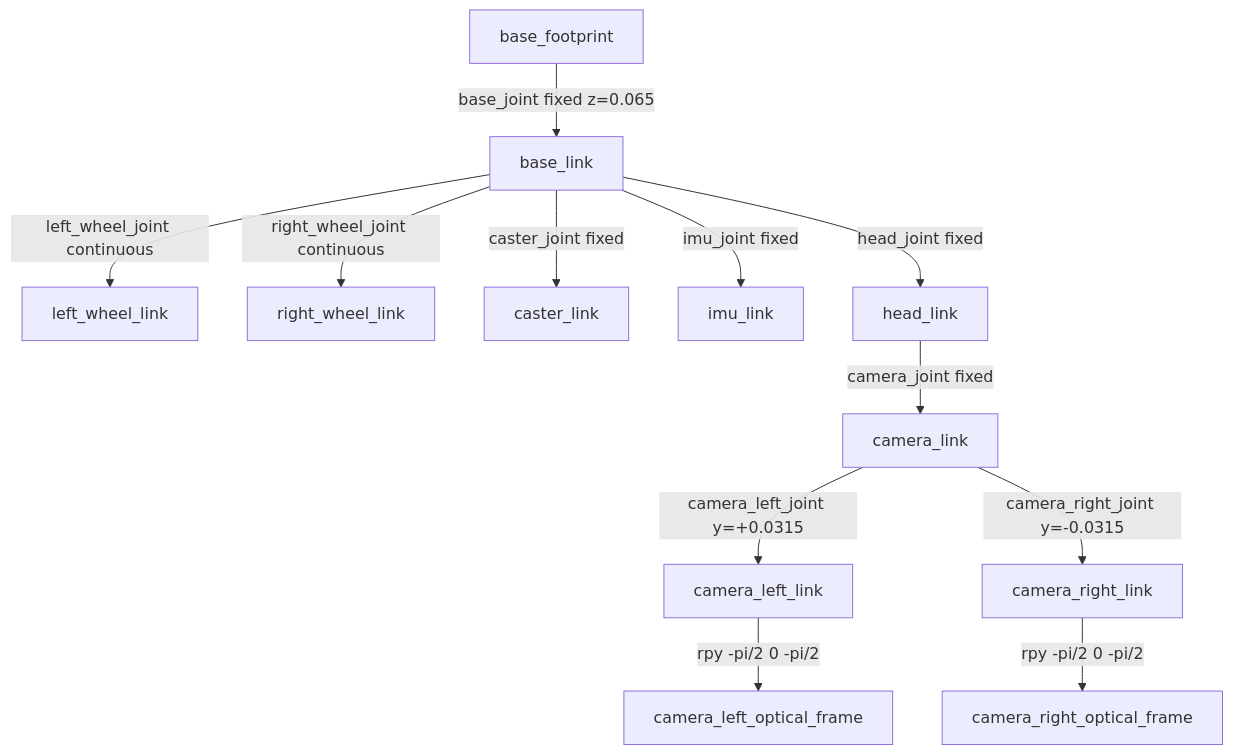
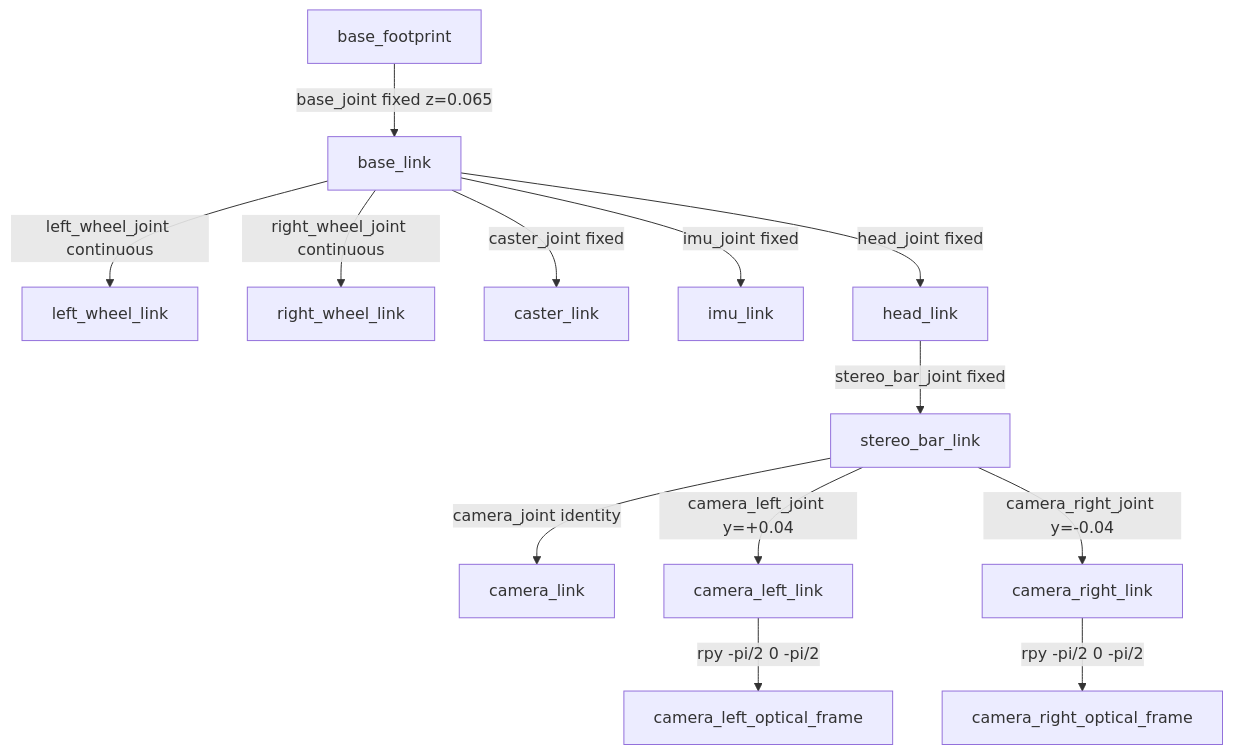
Before and after one commit to kunalchandmare/robot_ros_slam: the diagram in src/stereo_eye/README.md, drawn with Mermaid. The commit also changed other lines of this file and 4 other files, not shown here.

Commit message:
[MechaX] Add stereo camera pair for RTAB-Map

````diff
--- a/src/stereo_eye/README.md
+++ b/src/stereo_eye/README.md
@@ -45,14 +45,15 @@
 ```mermaid
 graph TD
   BF[base_footprint] -->|base_joint fixed z=0.065| BL[base_link]
   BL -->|left_wheel_joint continuous| LW[left_wheel_link]
   BL -->|right_wheel_joint continuous| RW[right_wheel_link]
   BL -->|caster_joint fixed| CA[caster_link]
   BL -->|imu_joint fixed| IMU[imu_link]
   BL -->|head_joint fixed| HD[head_link]
-  HD -->|camera_joint fixed| CAM[camera_link]
-  CAM -->|camera_left_joint y=+0.0315| CL[camera_left_link]
-  CAM -->|camera_right_joint y=-0.0315| CR[camera_right_link]
+  HD -->|stereo_bar_joint fixed| BAR[stereo_bar_link]
+  BAR -->|camera_joint identity| CAM[camera_link]
+  BAR -->|camera_left_joint y=+0.04| CL[camera_left_link]
+  BAR -->|camera_right_joint y=-0.04| CR[camera_right_link]
   CL -->|rpy -pi/2 0 -pi/2| CLO[camera_left_optical_frame]
   CR -->|rpy -pi/2 0 -pi/2| CRO[camera_right_optical_frame]
 ```
````
